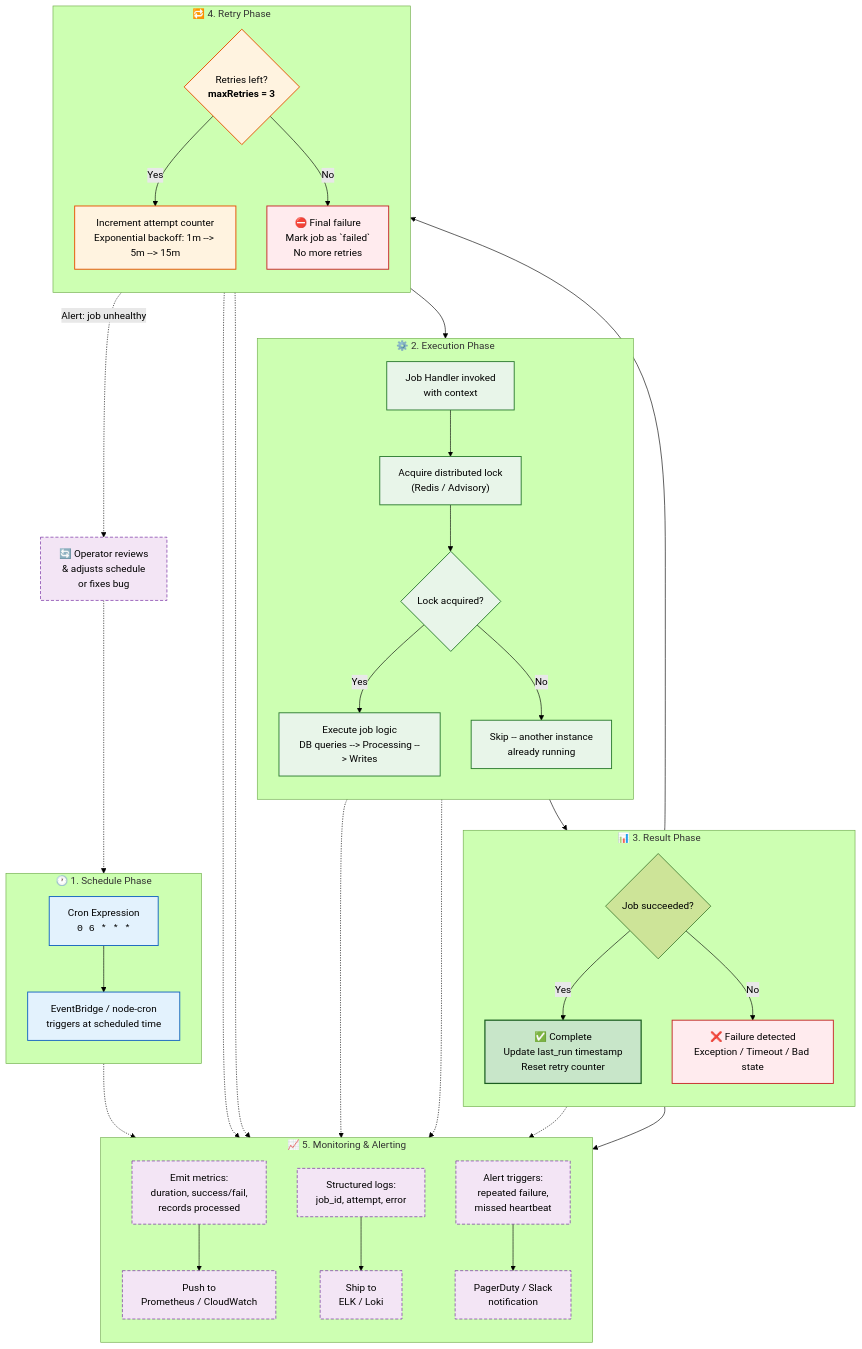
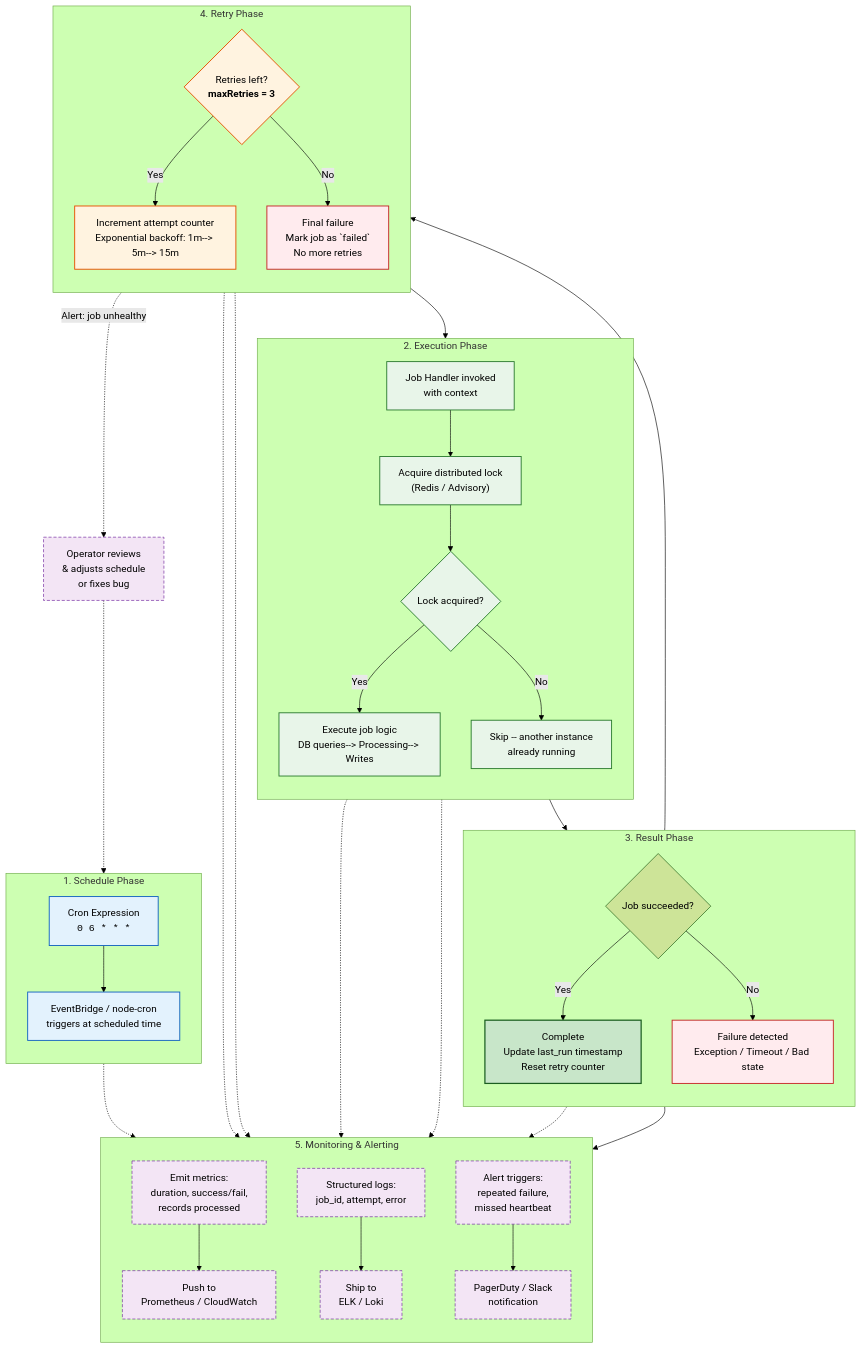
Before and after one commit to Driftloom/Vaeloom: the first of 2 diagrams in docs/backend/Cron-Jobs.md, drawn with Mermaid (forest theme). The commit also changed other lines of this file and 694 other files, not shown here.

First line of the commit message:
docs: mermaid standardization — encoding/mermaid/duplicate cleanup

````diff
--- a/docs/backend/Cron-Jobs.md
+++ b/docs/backend/Cron-Jobs.md
@@ -8,72 +8,72 @@
 ```mermaid
 graph TD
-    %% ─── Class Definitions ───
-    classDef schedule fill:#e3f2fd,stroke:#1565c0,color:#000,stroke-width:1.5px
-    classDef execute fill:#e8f5e9,stroke:#2e7d32,color:#000,stroke-width:1.5px
-    classDef success fill:#c8e6c9,stroke:#1b5e20,color:#000,stroke-width:2px
-    classDef failure fill:#ffebee,stroke:#c62828,color:#000,stroke-width:1.5px
-    classDef retry fill:#fff3e0,stroke:#e65100,color:#000,stroke-width:1.5px
-    classDef monitor fill:#f3e5f5,stroke:#6a1b9a,color:#000,stroke-width:1px,stroke-dasharray: 5 3
+ %% ─── Class Definitions ───
+ classDef schedule fill:#e3f2fd,stroke:#1565c0,color:#000,stroke-width:1.5px
+ classDef execute fill:#e8f5e9,stroke:#2e7d32,color:#000,stroke-width:1.5px
+ classDef success fill:#c8e6c9,stroke:#1b5e20,color:#000,stroke-width:2px
+ classDef failure fill:#ffebee,stroke:#c62828,color:#000,stroke-width:1.5px
+ classDef retry fill:#fff3e0,stroke:#e65100,color:#000,stroke-width:1.5px
+ classDef monitor fill:#f3e5f5,stroke:#6a1b9a,color:#000,stroke-width:1px,stroke-dasharray: 5 3
 
-    %% ─── Schedule Phase ───
-    subgraph Schedule["🕐 1. Schedule Phase"]
-        direction TB
-        S1["Cron Expression<br/><code>0 6 * * *</code>"] --> S2["EventBridge / node-cron<br/>triggers at scheduled time"]
-    end
+ %% ─── Schedule Phase ───
+ subgraph Schedule["1. Schedule Phase"]
+ direction TB
+ S1["Cron Expression<br/><code>0 6 * * *</code>"]--> S2["EventBridge / node-cron<br/>triggers at scheduled time"]
+ end
 
-    %% ─── Execution Phase ───
-    subgraph Execute["⚙️ 2. Execution Phase"]
-        direction TB
-        E1["Job Handler invoked<br/>with context"] --> E2["Acquire distributed lock<br/>(Redis / Advisory)"]
-        E2 --> E3{"Lock acquired?"}
-        E3 -->|Yes| E4["Execute job logic<br/>DB queries --> Processing --> Writes"]
-        E3 -->|No| E5["Skip -- another instance<br/>already running"]
-    end
+ %% ─── Execution Phase ───
+ subgraph Execute["2. Execution Phase"]
+ direction TB
+ E1["Job Handler invoked<br/>with context"]--> E2["Acquire distributed lock<br/>(Redis / Advisory)"]
+ E2--> E3{"Lock acquired?"}
+ E3-->|Yes| E4["Execute job logic<br/>DB queries--> Processing--> Writes"]
+ E3-->|No| E5["Skip -- another instance<br/>already running"]
+ end
 
-    %% ─── Result Phase ───
-    subgraph Result["📊 3. Result Phase"]
-        direction TB
-        E4 --> R1{"Job succeeded?"}
-        R1 -->|Yes| R2["✅ Complete<br/>Update last_run timestamp<br/>Reset retry counter"]
-        R1 -->|No| R3["❌ Failure detected<br/>Exception / Timeout / Bad state"]
-    end
+ %% ─── Result Phase ───
+ subgraph Result["3. Result Phase"]
+ direction TB
+ E4--> R1{"Job succeeded?"}
+ R1-->|Yes| R2["Complete<br/>Update last_run timestamp<br/>Reset retry counter"]
+ R1-->|No| R3["Failure detected<br/>Exception / Timeout / Bad state"]
+ end
 
-    %% ─── Retry Phase ───
-    subgraph Retry["🔁 4. Retry Phase"]
-        direction TB
-        R3 --> T1{"Retries left?<br/><strong>maxRetries = 3</strong>"}
-        T1 -->|Yes| T2["Increment attempt counter<br/>Exponential backoff: 1m --> 5m --> 15m"]
-        T2 --> E4
-        T1 -->|No| T3["⛔ Final failure<br/>Mark job as `failed`<br/>No more retries"]
-    end
+ %% ─── Retry Phase ───
+ subgraph Retry["4. Retry Phase"]
+ direction TB
+ R3--> T1{"Retries left?<br/><strong>maxRetries = 3</strong>"}
+ T1-->|Yes| T2["Increment attempt counter<br/>Exponential backoff: 1m--> 5m--> 15m"]
+ T2--> E4
+ T1-->|No| T3["Final failure<br/>Mark job as `failed`<br/>No more retries"]
+ end
 
-    %% ─── Monitoring & Alerting ───
-    subgraph Monitor["📈 5. Monitoring & Alerting"]
-        direction TB
-        M1["Emit metrics:<br/>duration, success/fail,\nrecords processed"] --> M2["Push to<br/>Prometheus / CloudWatch"]
-        M3["Structured logs:<br/>job_id, attempt, error"] --> M4["Ship to<br/>ELK / Loki"]
-        M5["Alert triggers:<br/>repeated failure,\nmissed heartbeat"] --> M6["PagerDuty / Slack<br/>notification"]
-    end
+ %% ─── Monitoring & Alerting ───
+ subgraph Monitor["5. Monitoring & Alerting"]
+ direction TB
+ M1["Emit metrics:<br/>duration, success/fail,\nrecords processed"]--> M2["Push to<br/>Prometheus / CloudWatch"]
+ M3["Structured logs:<br/>job_id, attempt, error"]--> M4["Ship to<br/>ELK / Loki"]
+ M5["Alert triggers:<br/>repeated failure,\nmissed heartbeat"]--> M6["PagerDuty / Slack<br/>notification"]
+ end
 
-    %% ─── Cross-cutting connections ───
-    S2 -.-> M1
-    E4 -.-> M1
-    E5 -.-> M1
-    R2 -.-> M1
-    T3 -.-> M5
-    T3 -.-> M3
-    R2 --> M3
+ %% ─── Cross-cutting connections ───
+ S2 -.-> M1
+ E4 -.-> M1
+ E5 -.-> M1
+ R2 -.-> M1
+ T3 -.-> M5
+ T3 -.-> M3
+ R2--> M3
 
-    %% ─── Feedback loop ───
-    T3 -.->|Alert: job unhealthy| F1["🔄 Operator reviews\n& adjusts schedule\nor fixes bug"]
-    F1 -.-> S1
+ %% ─── Feedback loop ───
+ T3 -.->|Alert: job unhealthy| F1["Operator reviews\n& adjusts schedule\nor fixes bug"]
+ F1 -.-> S1
 
-    %% ─── Apply styles ───
-    class S1,S2 schedule
-    class E1,E2,E3,E4,E5 execute
-    class R2 success
-    class R3,T3 failure
-    class T1,T2 retry
-    class M1,M2,M3,M4,M5,M6,F1 monitor
+ %% ─── Apply styles ───
+ class S1,S2 schedule
+ class E1,E2,E3,E4,E5 execute
+ class R2 success
+ class R3,T3 failure
+ class T1,T2 retry
+ class M1,M2,M3,M4,M5,M6,F1 monitor
 
 ```
````
